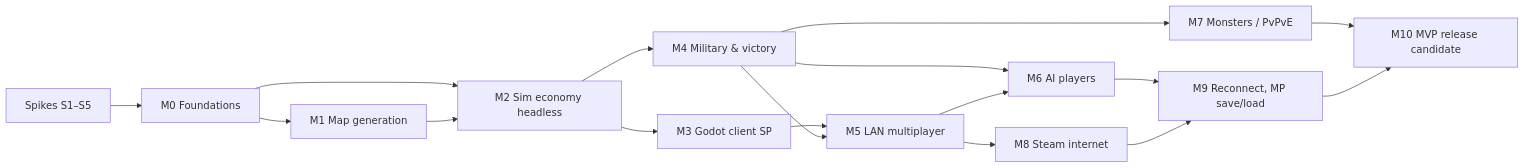
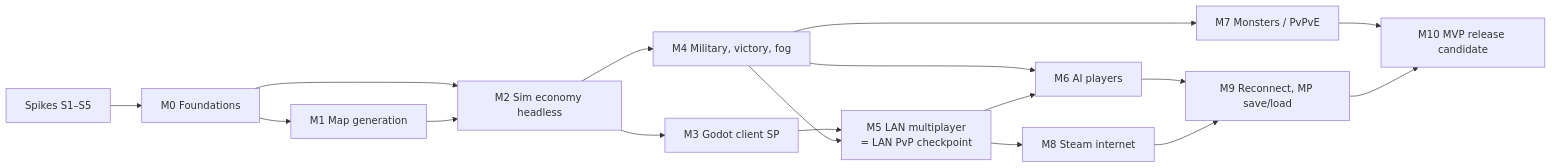
The diagram in docs/09-roadmap.md (1223Joker/rebuild), drawn with Mermaid before and after one commit. The commit also changed other lines of this file and 19 other files, not shown here.

Commit message:
docs: apply user answers (ADRs approved, visual fog in MVP, LAN PvP checkpoint, Mac reference machine)

````diff
--- a/docs/09-roadmap.md
+++ b/docs/09-roadmap.md
@@ -7,19 +8,19 @@
 ```mermaid
 flowchart LR
   S[Spikes S1–S5] --> M0[M0 Foundations]
   M0 --> M1[M1 Map generation]
   M0 --> M2[M2 Sim economy headless]
   M1 --> M2
   M2 --> M3[M3 Godot client SP]
-  M2 --> M4[M4 Military & victory]
-  M3 --> M5[M5 LAN multiplayer]
+  M2 --> M4[M4 Military, victory, fog]
+  M3 --> M5[M5 LAN multiplayer<br/>= LAN PvP checkpoint]
   M4 --> M5
   M4 --> M6[M6 AI players]
   M5 --> M6
   M4 --> M7[M7 Monsters / PvPvE]
   M5 --> M8[M8 Steam internet]
   M6 --> M9[M9 Reconnect, MP save/load]
   M8 --> M9
   M7 --> M10[M10 MVP release candidate]
   M9 --> M10
 ```
````
